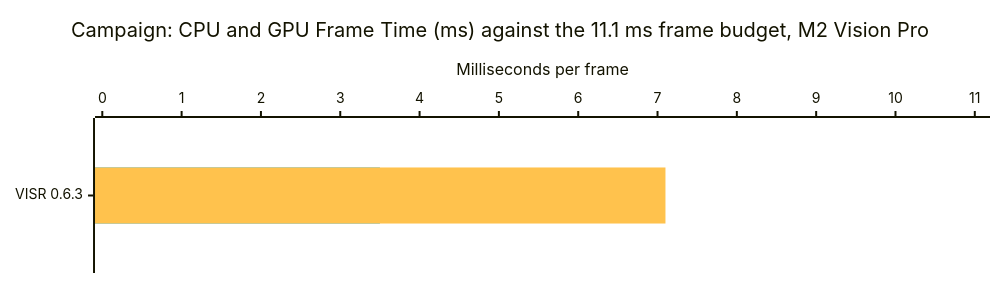
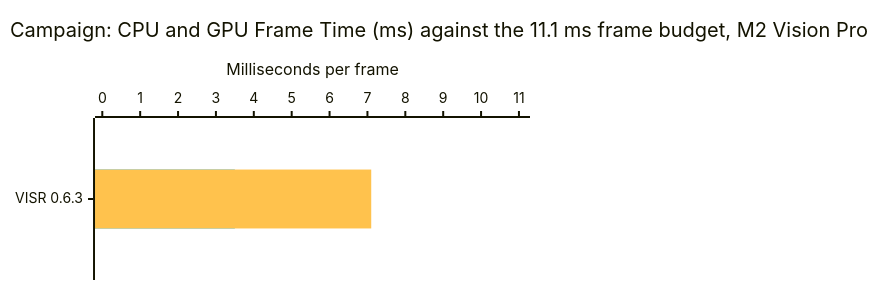
One commit to VISR-CE/visr changed the sixth of 7 diagrams in docs/benchmarks.md. Above: the diagram before and after it, drawn with Mermaid. The commit also changed other lines of this file and 16 other files, not shown here.

First line of the commit message:
💄 style(benchmarks): size each chart to its device screen so it fills the frame — the chart canvas follows the screen's aspect instead of 860 by 420, the SVG scales to the whole screen box, and the iPad, iPhone and Mac frames take the full width on a phone

````diff
--- a/docs/benchmarks.md
+++ b/docs/benchmarks.md
@@ -168,17 +168,17 @@
 ```mermaid
 ---
 config:
   xyChart:
-    width: 980
-    height: 263
+    width: 520
+    height: 270
   themeVariables:
     xyChart:
       plotColorPalette: "#1fa9d4, #ffc24d"
 ---
 xychart-beta horizontal
     title "Campaign: CPU and GPU Frame Time (ms) against the 11.1 ms frame budget, M2 Vision Pro"
     x-axis "" ["VISR 0.6.3"]
     y-axis "Milliseconds per frame" 0 --> 11.1
     bar [3.5]
     bar [7.1]
 ```
````
